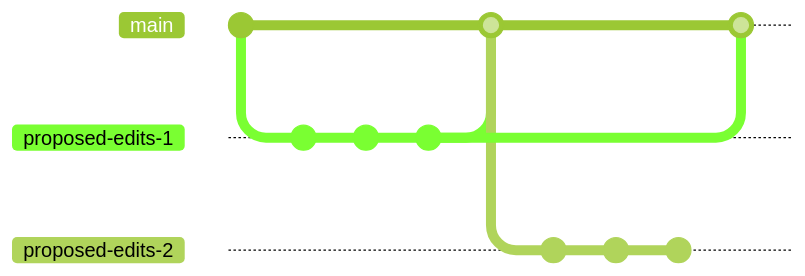
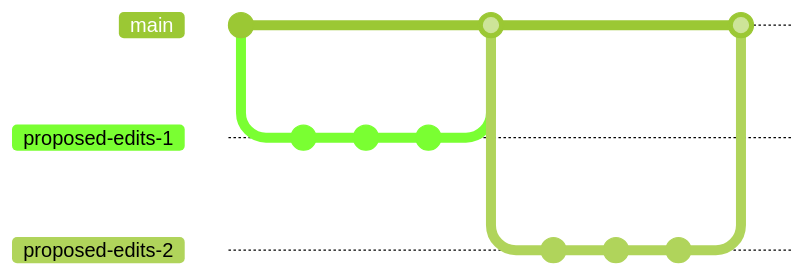
Before and after one commit to TrustedComputingGroup/pandoc: the first of 3 diagrams in guide.md, drawn with Mermaid (forest theme). The commit also changed other lines of this file, not shown here. Commit ids are hidden.

Commit message:
add zero width space to example mermaid; clean up git graph

````diff
--- a/guide.md
+++ b/guide.md
@@ -279,16 +279,16 @@
 ```mermaid {caption="GitHub Collaboration workflow"}
     gitGraph
-       commit
+       commit id: "head"
        branch proposed-edits-1
-       commit
-       commit
-       commit
+       commit id: "propose-1"
+       commit id: "respond-to-feedback-1"
+       commit id: "respond-to-feedback-2"
        checkout main
        merge proposed-edits-1
        branch proposed-edits-2
-       commit
-       commit
-       commit
+       commit id: "propose-2"
+       commit id: "respond-to-feedback-3"
+       commit id: "respond-to-feedback-4"
        checkout main
-       merge proposed-edits-1
+       merge proposed-edits-2
 ```
````
